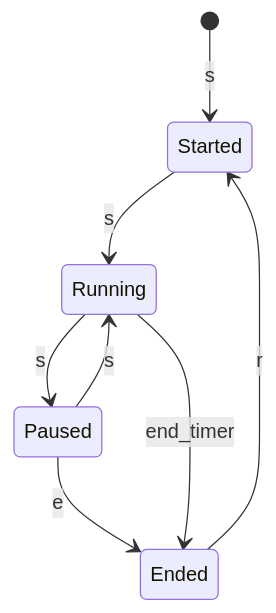
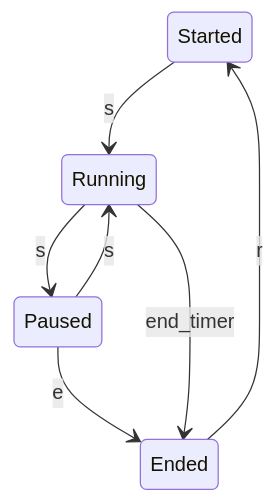
The diagram in doc/docs_1D.md (joaoMartinSaquet/ia2_learning_env), drawn with Mermaid before and after one commit.

````diff
--- a/doc/docs_1D.md
+++ b/doc/docs_1D.md
@@ -26,10 +26,9 @@
 ```mermaid
 stateDiagram-v2
-    [*] --> Started : s
     Started --> Running : s
     Running --> Paused : s
     Paused --> Running : s
     Paused --> Ended : e 
     Running --> Ended : end_timer
     Ended --> Started : r
 ```
````
